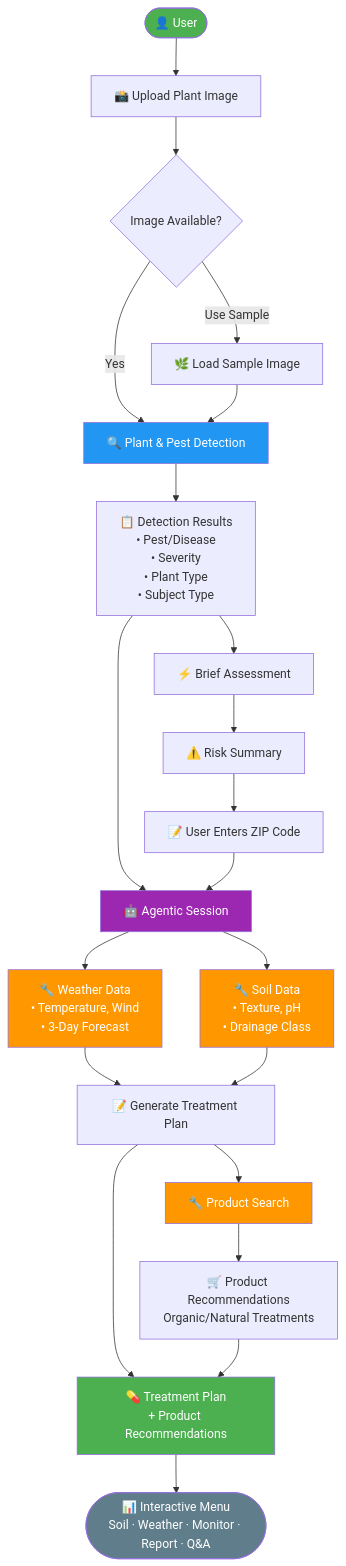
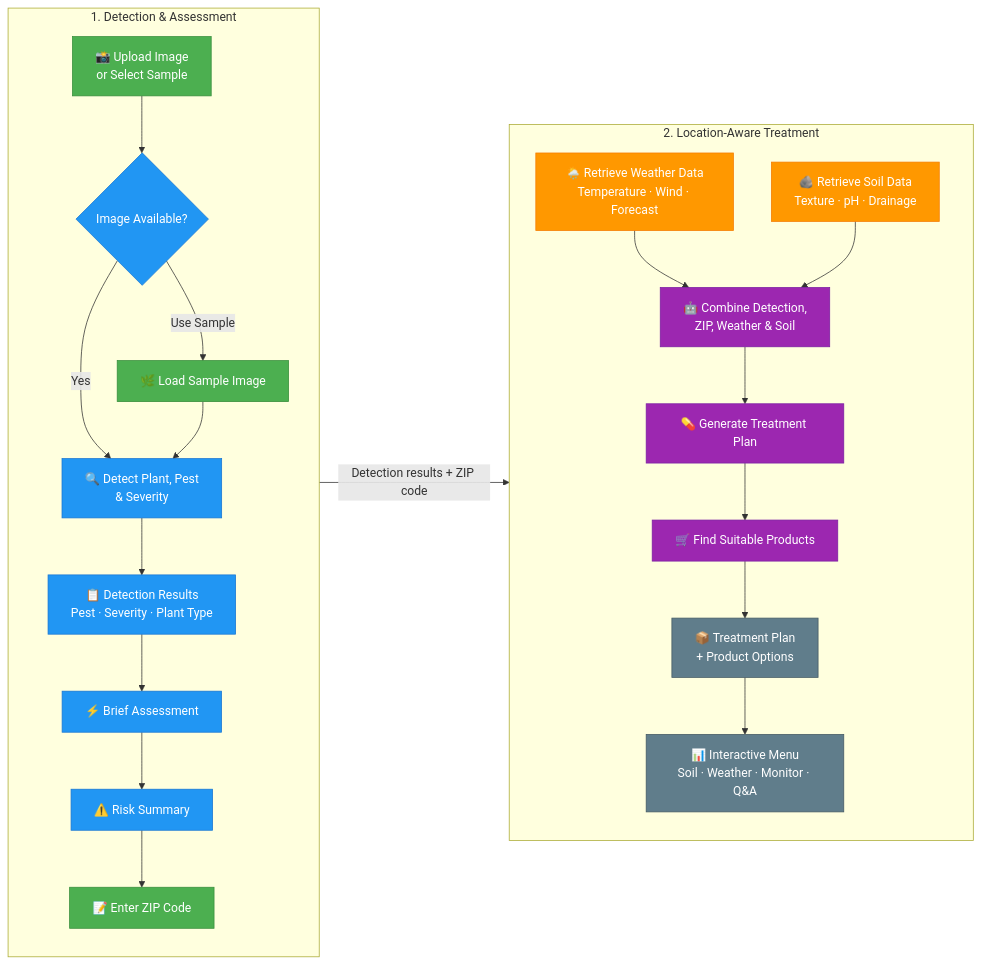
Before and after one commit to mohitagr18/ch-9-plant-doctor: the diagram in workflow/01_agentic_detection_flow.md, drawn with Mermaid.

Commit message:
Refactor agentic detection flow diagram

````diff
--- a/workflow/01_agentic_detection_flow.md
+++ b/workflow/01_agentic_detection_flow.md
@@ -7,39 +7,48 @@
 ```mermaid
-flowchart TD
-    A(["👤 User"]) --> B["📸 Upload Plant Image"]
-    B --> C{"Image Available?"}
-    C -- Yes --> D["🔍 Plant & Pest Detection"]
-    C -- "Use Sample" --> E["🌿 Load Sample Image"]
-    E --> D
+flowchart LR
+    subgraph DET["1. Detection & Assessment"]
+        direction TB
+        A["📸 Upload Image<br/>or Select Sample"]
+        B{"Image Available?"}
+        C["🌿 Load Sample Image"]
+        D["🔍 Detect Plant, Pest<br/>& Severity"]
+        E["📋 Detection Results<br/>Pest · Severity · Plant Type"]
+        F["⚡ Brief Assessment"]
+        G["⚠️ Risk Summary"]
+        H["📝 Enter ZIP Code"]
 
-    D --> F["📋 Detection Results\n• Pest/Disease\n• Severity\n• Plant Type\n• Subject Type"]
-    F --> G["⚡ Brief Assessment"]
-    G --> H["⚠️ Risk Summary"]
+        A --> B
+        B -- Yes --> D
+        B -- Use Sample --> C --> D
+        D --> E --> F --> G --> H
+    end
 
-    H --> I["📝 User Enters ZIP Code"]
-    F --> J["🤖 Agentic Session"]
-    I --> J
+    subgraph TRT["2. Location-Aware Treatment"]
+        direction TB
+        I["🌦️ Retrieve Weather Data<br/>Temperature · Wind · Forecast"]
+        J["🪨 Retrieve Soil Data<br/>Texture · pH · Drainage"]
+        K["🤖 Combine Detection,<br/>ZIP, Weather & Soil"]
+        L["💊 Generate Treatment Plan"]
+        M["🛒 Find Suitable Products"]
+        N["📦 Treatment Plan<br/>+ Product Options"]
+        O["📊 Interactive Menu<br/>Soil · Weather · Monitor · Q&A"]
 
-    J --> K["🔧 Weather Data\n• Temperature, Wind\n• 3-Day Forecast"]
-    J --> L["🔧 Soil Data\n• Texture, pH\n• Drainage Class"]
+        I --> K
+        J --> K
+        K --> L --> M --> N --> O
+    end
 
-    K --> O["📝 Generate Treatment Plan"]
-    L --> O
+    DET -->|"Detection results + ZIP code"| TRT
 
-    O --> P["🔧 Product Search"]
-    P --> Q["🛒 Product Recommendations\nOrganic/Natural Treatments"]
+    classDef input fill:#4CAF50,color:#fff,stroke:#388E3C
+    classDef detect fill:#2196F3,color:#fff,stroke:#1976D2
+    classDef context fill:#FF9800,color:#fff,stroke:#F57C00
+    classDef agent fill:#9C27B0,color:#fff,stroke:#7B1FA2
+    classDef output fill:#607D8B,color:#fff,stroke:#455A64
 
-    O --> R["💊 Treatment Plan\n+ Product Recommendations"]
-    Q --> R
-
-    R --> S(["📊 Interactive Menu\nSoil · Weather · Monitor · Report · Q&A"])
-
-    style A fill:#4CAF50,color:#fff
-    style D fill:#2196F3,color:#fff
-    style J fill:#9C27B0,color:#fff
-    style K fill:#FF9800,color:#fff
-    style L fill:#FF9800,color:#fff
-    style P fill:#FF9800,color:#fff
-    style R fill:#4CAF50,color:#fff
-    style S fill:#607D8B,color:#fff
+    class A,C,H input
+    class B,D,E,F,G detect
+    class I,J context
+    class K,L,M agent
+    class N,O output
 ```
````
